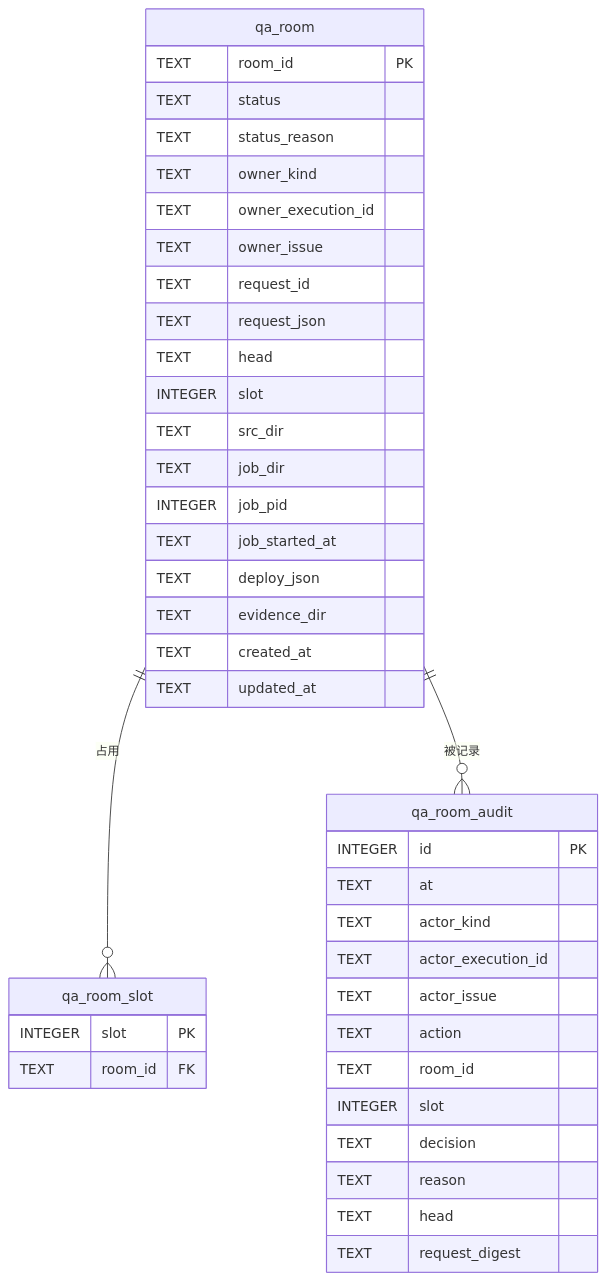
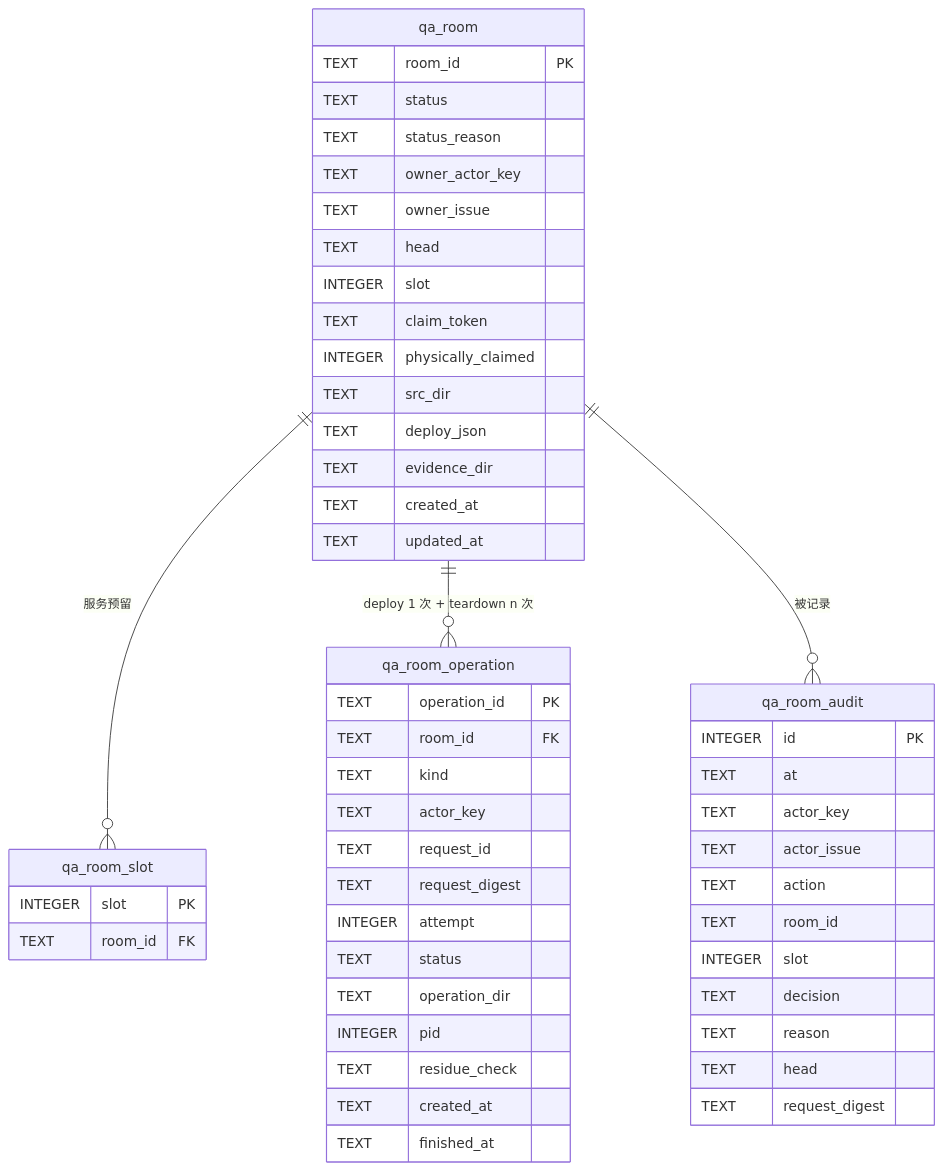
The third of 3 diagrams in engineering/doc/FLY-2405-room-service/plan.md (xrliAnnie/flywheel-qa-sandbox), drawn with Mermaid before and after one commit. The commit also changed other lines of this file, not shown here.

````diff
--- a/engineering/doc/FLY-2405-room-service/plan.md
+++ b/engineering/doc/FLY-2405-room-service/plan.md
@@ -251,43 +285,54 @@
 ```mermaid
 erDiagram
-    qa_room ||--o{ qa_room_slot : "占用"
+    qa_room ||--o{ qa_room_slot : "服务预留"
+    qa_room ||--o{ qa_room_operation : "deploy 1 次 + teardown n 次"
     qa_room ||--o{ qa_room_audit : "被记录"
     qa_room {
         TEXT room_id PK
         TEXT status
         TEXT status_reason
-        TEXT owner_kind
-        TEXT owner_execution_id
+        TEXT owner_actor_key
         TEXT owner_issue
-        TEXT request_id
-        TEXT request_json
         TEXT head
         INTEGER slot
+        TEXT claim_token
+        INTEGER physically_claimed
         TEXT src_dir
-        TEXT job_dir
-        INTEGER job_pid
-        TEXT job_started_at
         TEXT deploy_json
         TEXT evidence_dir
         TEXT created_at
         TEXT updated_at
     }
     qa_room_slot {
         INTEGER slot PK
         TEXT room_id FK
     }
+    qa_room_operation {
+        TEXT operation_id PK
+        TEXT room_id FK
+        TEXT kind
+        TEXT actor_key
+        TEXT request_id
+        TEXT request_digest
+        INTEGER attempt
+        TEXT status
+        TEXT operation_dir
+        INTEGER pid
+        TEXT residue_check
+        TEXT created_at
+        TEXT finished_at
+    }
     qa_room_audit {
         INTEGER id PK
         TEXT at
-        TEXT actor_kind
-        TEXT actor_execution_id
+        TEXT actor_key
         TEXT actor_issue
         TEXT action
         TEXT room_id
         INTEGER slot
         TEXT decision
         TEXT reason
         TEXT head
         TEXT request_digest
     }
 ```
````
